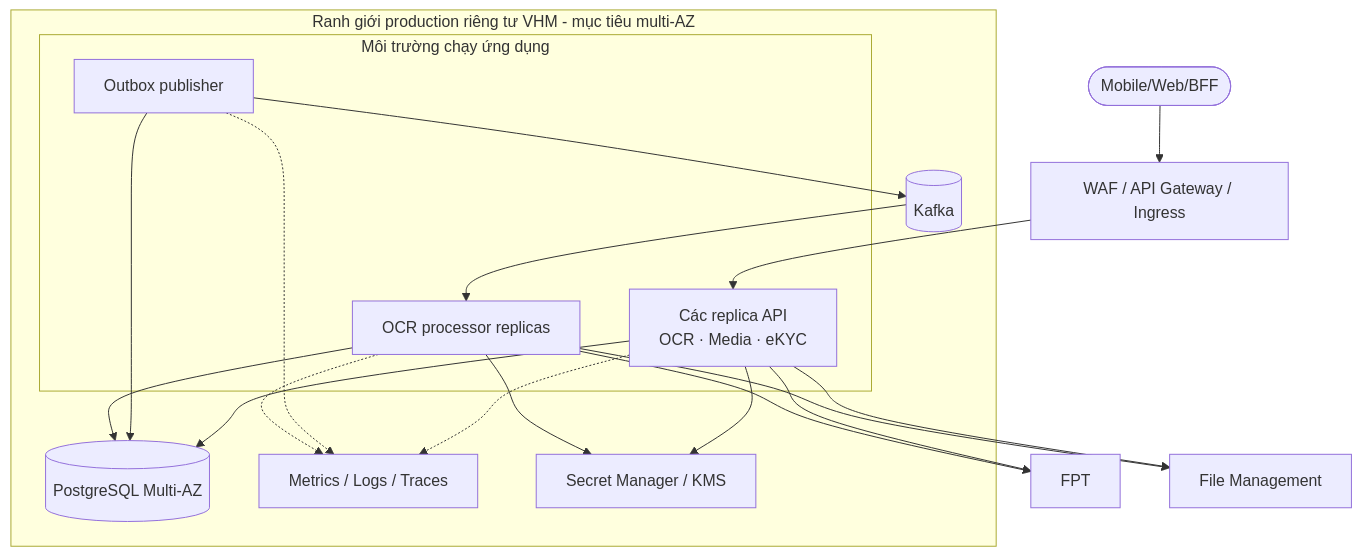
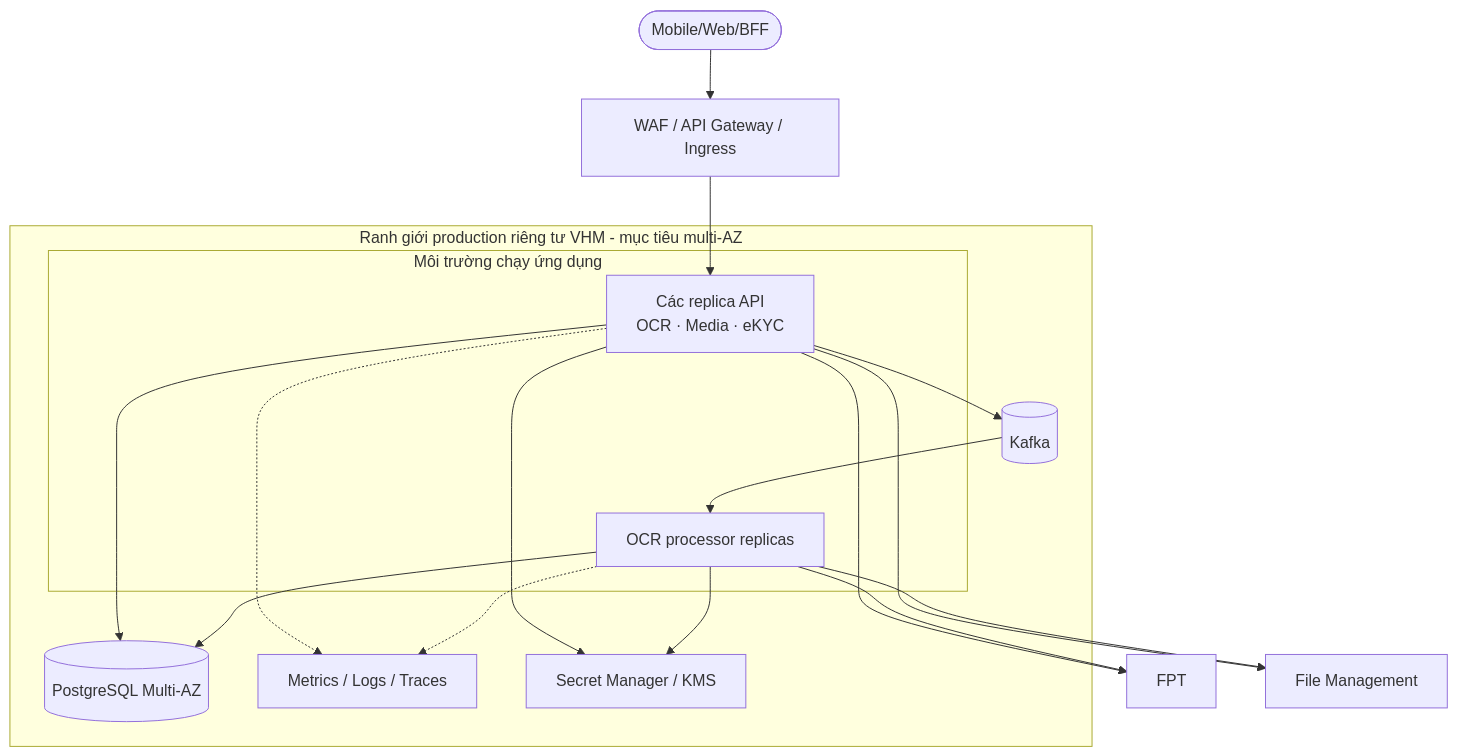
Before and after one commit to huynv-xyz/vhm: diagram 12 of 12 in tdd-ocr-ekyc.md, drawn with Mermaid. The commit also changed other lines of this file, not shown here.

````diff
--- a/tdd-ocr-ekyc.md
+++ b/tdd-ocr-ekyc.md
@@ -1168,34 +1098,31 @@
 ```mermaid
 flowchart TB
     CLIENT([Mobile/Web/BFF])
     EDGE[WAF / API Gateway / Ingress]
     PROVIDERS[FPT]
     FILE[File Management]
 
     subgraph VPC[Ranh giới production riêng tư VHM - mục tiêu multi-AZ]
         subgraph EKS[Môi trường chạy ứng dụng]
             API[Các replica API<br/>OCR · Media · eKYC]
-            PUB[Outbox publisher]
             WORKER[OCR processor replicas]
         end
         DB[(PostgreSQL Multi-AZ)]
         KAFKA[(Kafka)]
         OBS[Metrics / Logs / Traces]
         SECRET[Secret Manager / KMS]
     end
 
     CLIENT --> EDGE --> API
     API --> DB
-    PUB --> DB
-    PUB --> KAFKA --> WORKER
+    API --> KAFKA --> WORKER
     WORKER --> DB
     API --> FILE
     WORKER --> FILE
     API --> PROVIDERS
     WORKER --> PROVIDERS
     API --> SECRET
     WORKER --> SECRET
     API -.-> OBS
-    PUB -.-> OBS
     WORKER -.-> OBS
 ```
````
